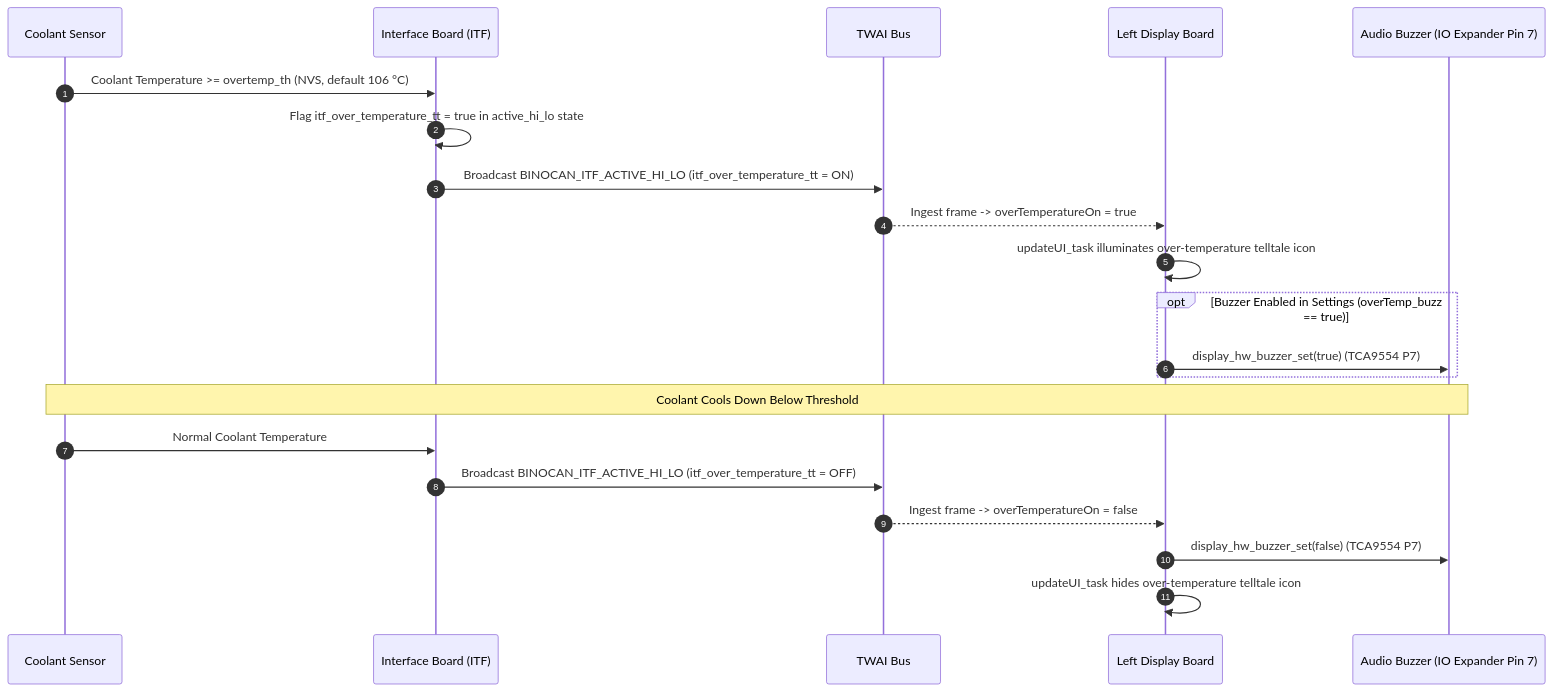
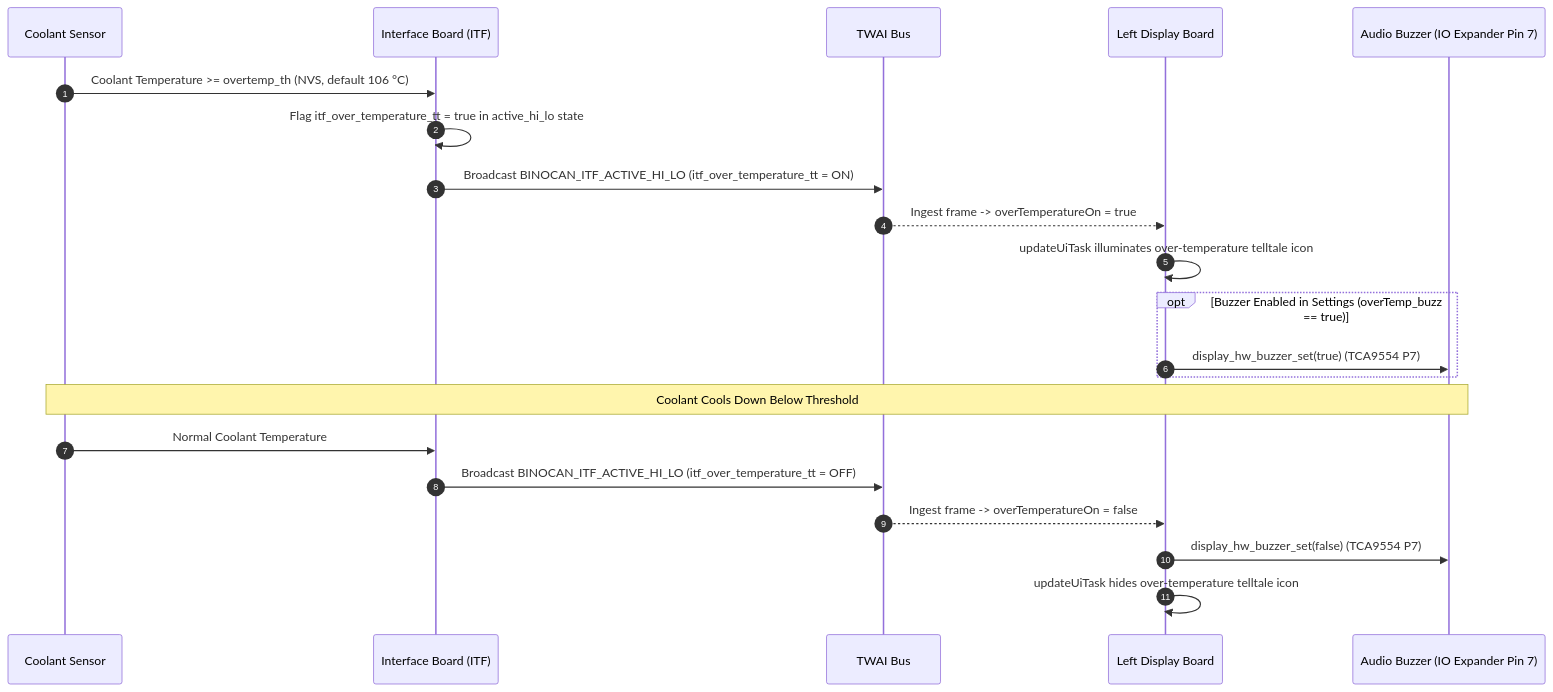
One commit to martinroger/vx-binocle-espidf changed the third of 5 diagrams in docs/SCENARIOS.md. Above: the diagram before and after it, drawn with Mermaid. The commit also changed other lines of this file and 26 other files, not shown here.

````diff
--- a/docs/SCENARIOS.md
+++ b/docs/SCENARIOS.md
@@ -81,26 +81,26 @@
 ```mermaid
 sequenceDiagram
     autonumber
     participant SENS as Coolant Sensor
     participant ITF as Interface Board (ITF)
     participant CAN as TWAI Bus
     participant LDB as Left Display Board
     participant BUZZ as Audio Buzzer (IO Expander Pin 7)
 
     SENS->>ITF: Coolant Temperature >= overtemp_th (NVS, default 106 °C)
     ITF->>ITF: Flag itf_over_temperature_tt = true in active_hi_lo state
     ITF->>CAN: Broadcast BINOCAN_ITF_ACTIVE_HI_LO (itf_over_temperature_tt = ON)
     CAN-->>LDB: Ingest frame -> overTemperatureOn = true
     
-    LDB->>LDB: updateUI_task illuminates over-temperature telltale icon
+    LDB->>LDB: updateUiTask illuminates over-temperature telltale icon
     opt Buzzer Enabled in Settings (overTemp_buzz == true)
         LDB->>BUZZ: display_hw_buzzer_set(true) (TCA9554 P7)
     end
     
     Note over SENS, BUZZ: Coolant Cools Down Below Threshold
     SENS->>ITF: Normal Coolant Temperature
     ITF->>CAN: Broadcast BINOCAN_ITF_ACTIVE_HI_LO (itf_over_temperature_tt = OFF)
     CAN-->>LDB: Ingest frame -> overTemperatureOn = false
     LDB->>BUZZ: display_hw_buzzer_set(false) (TCA9554 P7)
-    LDB->>LDB: updateUI_task hides over-temperature telltale icon
+    LDB->>LDB: updateUiTask hides over-temperature telltale icon
 ```
````
